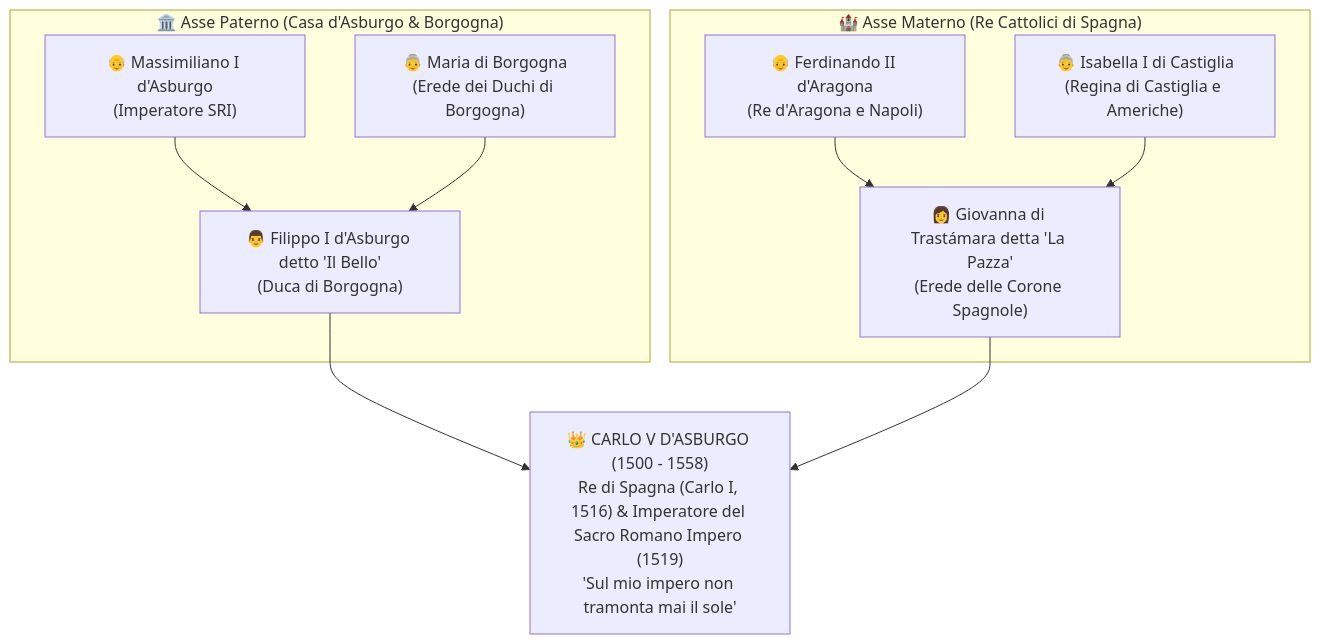
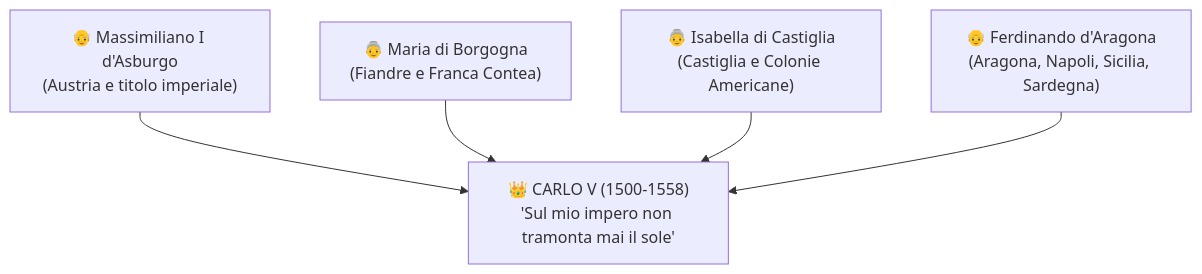
One commit to Ale3086/AppuntiAleCas changed the diagram in content/Storia/Il Cinquecento/01_Guerre d'Italia e il Dominio di Carlo V.md. Above: the diagram before and after it, drawn with Mermaid. The commit also changed other lines of this file and 60 other files, not shown here.

````diff
--- a/content/Storia/Il Cinquecento/01_Guerre d'Italia e il Dominio di Carlo V.md
+++ b/content/Storia/Il Cinquecento/01_Guerre d'Italia e il Dominio di Carlo V.md
@@ -52,21 +24,7 @@
 ```mermaid
 flowchart TD
-    subgraph RAMO_PATERNO["🏛️ Asse Paterno (Casa d'Asburgo & Borgogna)"]
-        N1["👴 Massimiliano I d'Asburgo<br/>(Imperatore SRI)"]
-        N2["👵 Maria di Borgogna<br/>(Erede dei Duchi di Borgogna)"]
-        P["👨 Filippo I d'Asburgo detto 'Il Bello'<br/>(Duca di Borgogna)"]
-        N1 --> P
-        N2 --> P
-    end
-
-    subgraph RAMO_MATERNO["🏰 Asse Materno (Re Cattolici di Spagna)"]
-        N3["👴 Ferdinando II d'Aragona<br/>(Re d'Aragona e Napoli)"]
-        N4["👵 Isabella I di Castiglia<br/>(Regina di Castiglia e Americhe)"]
-        M["👩 Giovanna di Trastámara detta 'La Pazza'<br/>(Erede delle Corone Spagnole)"]
-        N3 --> M
-        N4 --> M
-    end
-
-    P --> CARLO["👑 CARLO V D'ASBURGO (1500 - 1558)<br/>Re di Spagna (Carlo I, 1516) & Imperatore del Sacro Romano Impero (1519)<br/>'Sul mio impero non tramonta mai il sole'"]
-    M --> CARLO
+    N1["👴 Massimiliano I d'Asburgo<br/>(Austria e titolo imperiale)"] --> C["👑 CARLO V (1500-1558)<br/>'Sul mio impero non tramonta mai il sole'"]
+    N2["👵 Maria di Borgogna<br/>(Fiandre e Franca Contea)"] --> C
+    N3["👵 Isabella di Castiglia<br/>(Castiglia e Colonie Americane)"] --> C
+    N4["👴 Ferdinando d'Aragona<br/>(Aragona, Napoli, Sicilia, Sardegna)"] --> C
 ```
````
